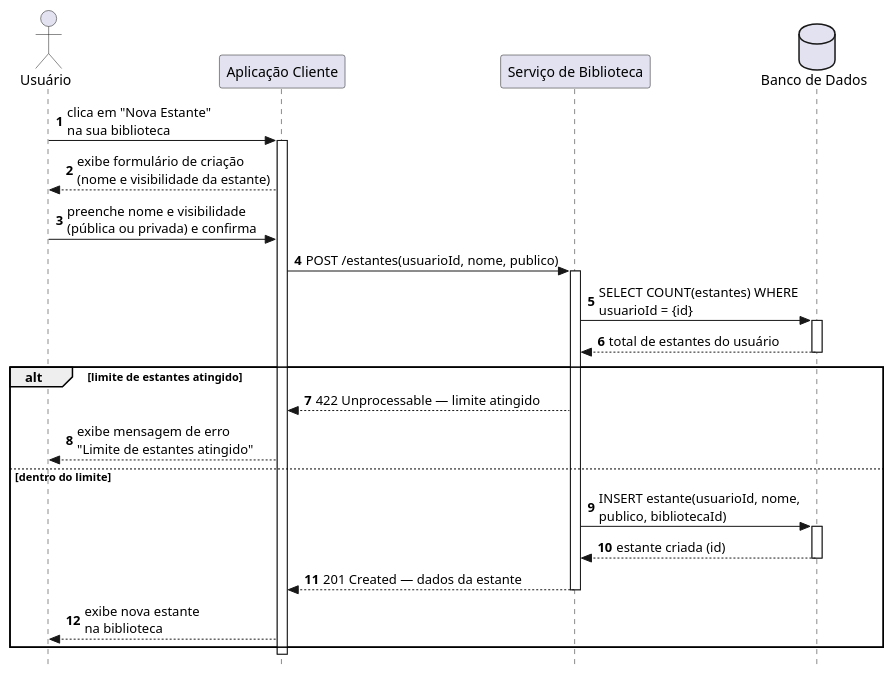
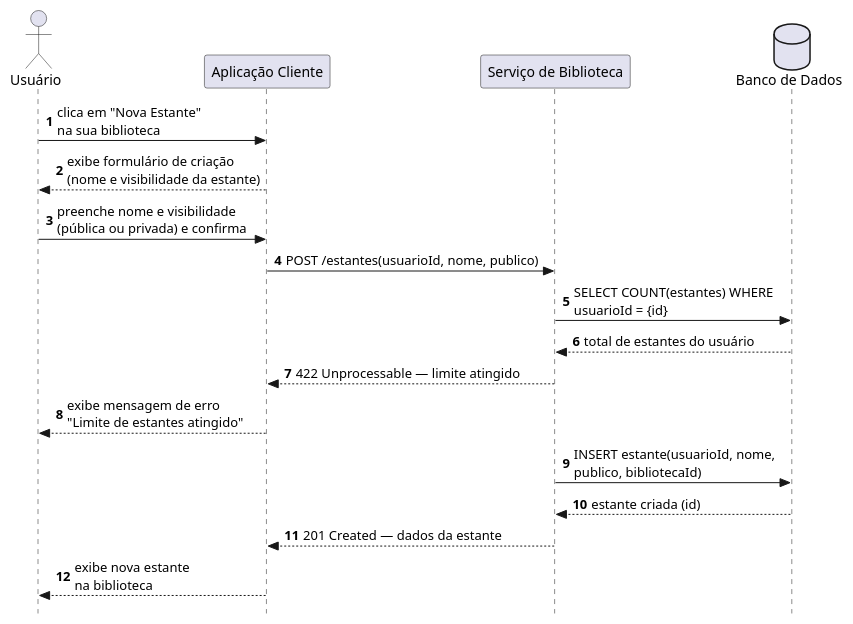
The diagram in docs/codigo-plantuml/diagramas-comunicacao/organizacao/dc-criar_estante.puml (jalv21/iLib), drawn with PlantUML before and after one commit.

Commit message:
docs/criando diagrama de comunicação para criar estante

```diff
--- a/docs/codigo-plantuml/diagramas-comunicacao/organizacao/dc-criar_estante.puml
+++ b/docs/codigo-plantuml/diagramas-comunicacao/organizacao/dc-criar_estante.puml
@@ -1,40 +1,29 @@
-@startuml ds-criar_estante
+@startuml dc-criar_estante
 autonumber
 skinparam style strictuml
 
 actor Usuario as "Usuário"
 participant Client             as "Aplicação Cliente"
 participant ServiceBiblioteca  as "Serviço de Biblioteca"
 database    BD                 as "Banco de Dados"
 
 Usuario -> Client : clica em "Nova Estante"\nna sua biblioteca
-activate Client
 
 Client --> Usuario : exibe formulário de criação\n(nome e visibilidade da estante)
 
 Usuario -> Client : preenche nome e visibilidade\n(pública ou privada) e confirma
 
 Client -> ServiceBiblioteca : POST /estantes(usuarioId, nome, publico)
-activate ServiceBiblioteca
 
 ServiceBiblioteca -> BD : SELECT COUNT(estantes) WHERE\nusuarioId = {id}
-activate BD
 BD --> ServiceBiblioteca : total de estantes do usuário
-deactivate BD
 
-alt limite de estantes atingido
-    ServiceBiblioteca --> Client : 422 Unprocessable — limite atingido
-    Client --> Usuario : exibe mensagem de erro\n"Limite de estantes atingido"
-else dentro do limite
-    ServiceBiblioteca -> BD : INSERT estante(usuarioId, nome,\npublico, bibliotecaId)
-    activate BD
-    BD --> ServiceBiblioteca : estante criada (id)
-    deactivate BD
-    ServiceBiblioteca --> Client : 201 Created — dados da estante
-    deactivate ServiceBiblioteca
-    Client --> Usuario : exibe nova estante\nna biblioteca
-end
+ServiceBiblioteca --> Client : 422 Unprocessable — limite atingido
+Client --> Usuario : exibe mensagem de erro\n"Limite de estantes atingido"
+ServiceBiblioteca -> BD : INSERT estante(usuarioId, nome,\npublico, bibliotecaId)
+BD --> ServiceBiblioteca : estante criada (id)
+ServiceBiblioteca --> Client : 201 Created — dados da estante
+Client --> Usuario : exibe nova estante\nna biblioteca
 
-deactivate Client
 
 @enduml
```
